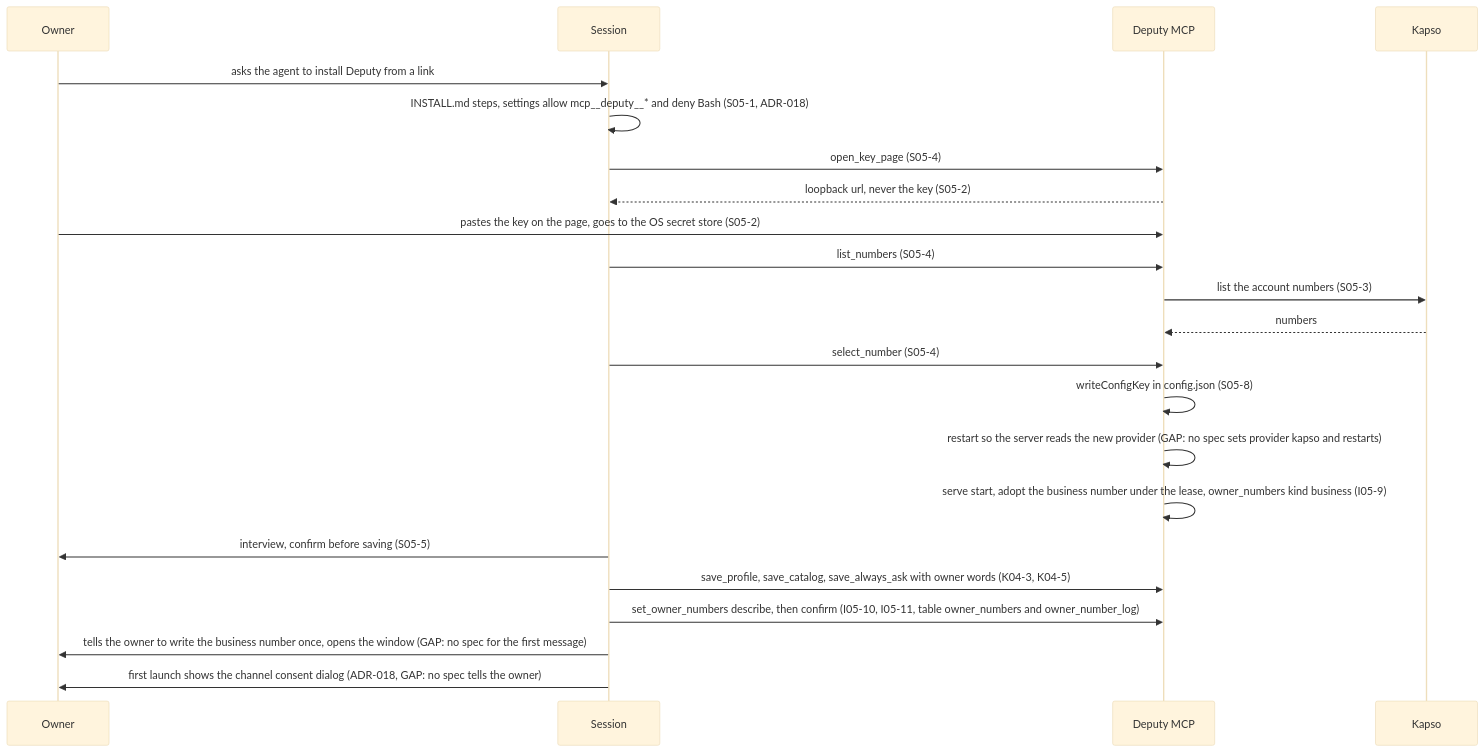
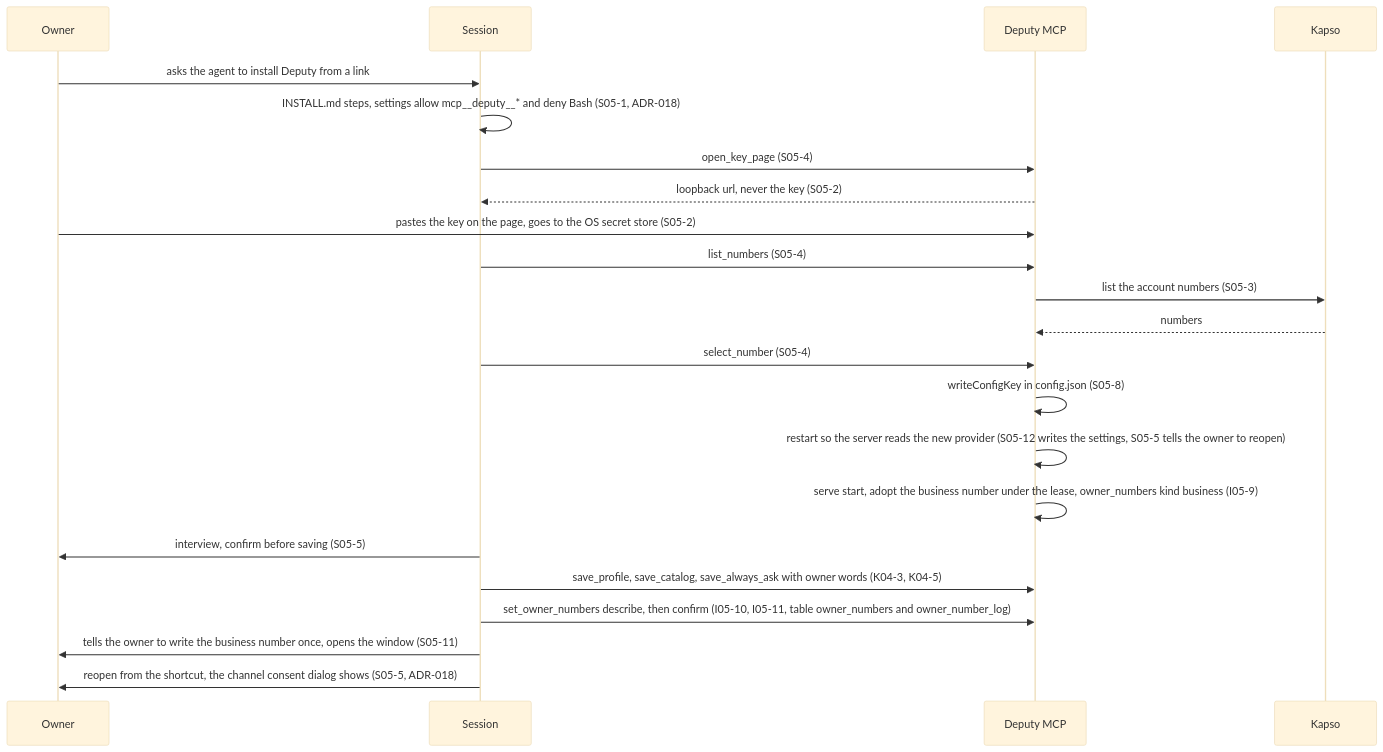
One commit to antonygiomarxdev/deputy changed the third of 15 diagrams in docs/tp-detail/TP-pilot-end-to-end.md. Above: the diagram before and after it, drawn with Mermaid (base theme). The commit also changed other lines of this file, not shown here.

Commit message:
docs: drop the GAP marks that merged specs closed

````diff
--- a/docs/tp-detail/TP-pilot-end-to-end.md
+++ b/docs/tp-detail/TP-pilot-end-to-end.md
@@ -87,24 +87,24 @@
 ```mermaid
 sequenceDiagram
   participant O as Owner
   participant S as Session
   participant M as Deputy MCP
   participant K as Kapso
   O->>S: asks the agent to install Deputy from a link
   S->>S: INSTALL.md steps, settings allow mcp__deputy__* and deny Bash (S05-1, ADR-018)
   S->>M: open_key_page (S05-4)
   M-->>S: loopback url, never the key (S05-2)
   O->>M: pastes the key on the page, goes to the OS secret store (S05-2)
   S->>M: list_numbers (S05-4)
   M->>K: list the account numbers (S05-3)
   K-->>M: numbers
   S->>M: select_number (S05-4)
   M->>M: writeConfigKey in config.json (S05-8)
-  M->>M: restart so the server reads the new provider (GAP: no spec sets provider kapso and restarts)
+  M->>M: restart so the server reads the new provider (S05-12 writes the settings, S05-5 tells the owner to reopen)
   M->>M: serve start, adopt the business number under the lease, owner_numbers kind business (I05-9)
   S->>O: interview, confirm before saving (S05-5)
   S->>M: save_profile, save_catalog, save_always_ask with owner words (K04-3, K04-5)
   S->>M: set_owner_numbers describe, then confirm (I05-10, I05-11, table owner_numbers and owner_number_log)
-  S->>O: tells the owner to write the business number once, opens the window (GAP: no spec for the first message)
-  S->>O: first launch shows the channel consent dialog (ADR-018, GAP: no spec tells the owner)
+  S->>O: tells the owner to write the business number once, opens the window (S05-11)
+  S->>O: reopen from the shortcut, the channel consent dialog shows (S05-5, ADR-018)
 ```
````
